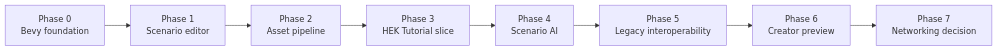
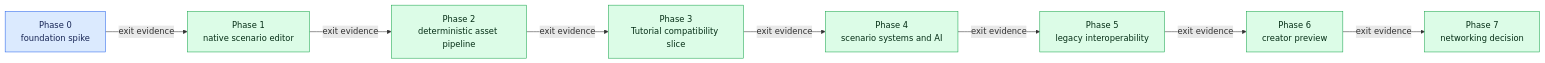
The sixth of 8 diagrams in docs/ecosystem.md (cwilson613/halo), drawn with Mermaid before and after one commit. The commit also changed other lines of this file, not shown here.

Commit message:
docs: refine ecosystem architecture diagrams

````diff
--- a/docs/ecosystem.md
+++ b/docs/ecosystem.md
@@ -98,10 +263,25 @@
 ```mermaid
 flowchart LR
-    P0[Phase 0<br/>Bevy foundation] --> P1[Phase 1<br/>Scenario editor]
-    P1 --> P2[Phase 2<br/>Asset pipeline]
-    P2 --> P3[Phase 3<br/>HEK Tutorial slice]
-    P3 --> P4[Phase 4<br/>Scenario AI]
-    P4 --> P5[Phase 5<br/>Legacy interoperability]
-    P5 --> P6[Phase 6<br/>Creator preview]
-    P6 --> P7[Phase 7<br/>Networking decision]
+    P0[Phase 0<br/>foundation spike]
+    P1[Phase 1<br/>native scenario editor]
+    P2[Phase 2<br/>deterministic asset pipeline]
+    P3[Phase 3<br/>Tutorial compatibility slice]
+    P4[Phase 4<br/>scenario systems and AI]
+    P5[Phase 5<br/>legacy interoperability]
+    P6[Phase 6<br/>creator preview]
+    P7[Phase 7<br/>networking decision]
+
+    P0 -->|exit evidence| P1
+    P1 -->|exit evidence| P2
+    P2 -->|exit evidence| P3
+    P3 -->|exit evidence| P4
+    P4 -->|exit evidence| P5
+    P5 -->|exit evidence| P6
+    P6 -->|exit evidence| P7
+
+    classDef active fill:#dbeafe,stroke:#2563eb,color:#172554
+    classDef planned fill:#dcfce7,stroke:#16a34a,color:#052e16
+
+    class P0 active
+    class P1,P2,P3,P4,P5,P6,P7 planned
 ```
````
